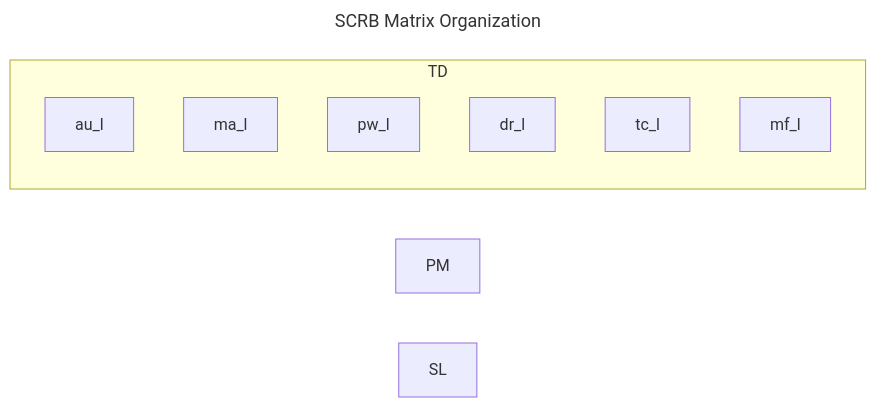
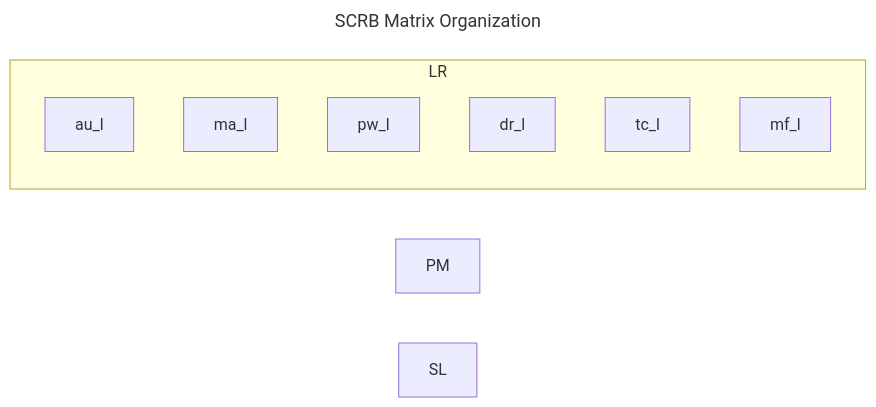
Before and after one commit to FooGiGo-Org/.github: the diagram in README.md, drawn with Mermaid.

Commit message:
Change flowchart direction from TD to LR

````diff
--- a/README.md
+++ b/README.md
@@ -1,17 +1,16 @@
 ```mermaid
 ---
 title: SCRB Matrix Organization
 ---
 flowchart LR
     PM
     SL
-    subgraph TD
-        direction TD
+    subgraph LR
         au_l
         ma_l
         pw_l
         dr_l
         tc_l
         mf_l
     end
 ```
````
